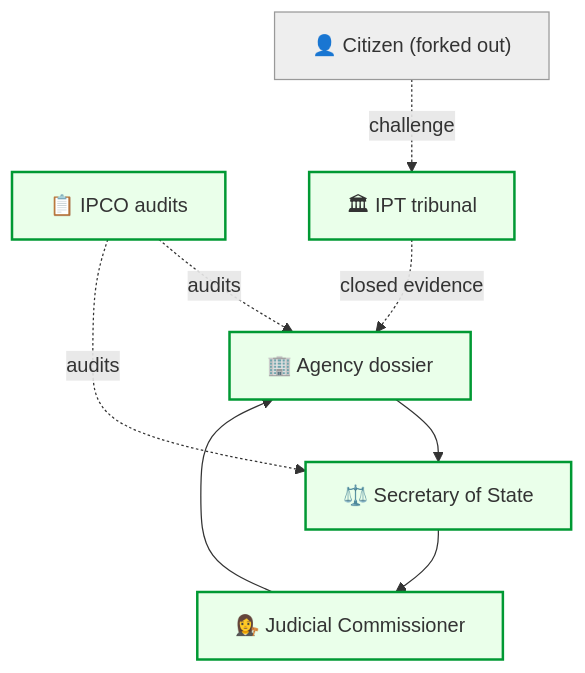
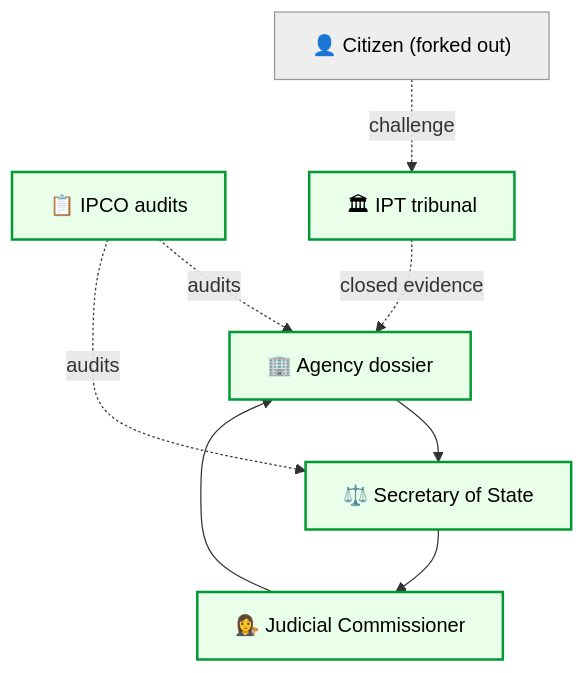
Before and after one commit to josefsbreakfast/Polaris-Protocol: the first of 7 diagrams in Polaris_Nest/Git_Intake_Drawer/⚖️_surveillance_osa_citizen_forking_meganode.md, drawn with Mermaid. The commit also changed other lines of this file, not shown here.

````diff
--- a/Polaris_Nest/Git_Intake_Drawer/⚖️_surveillance_osa_citizen_forking_meganode.md
+++ b/Polaris_Nest/Git_Intake_Drawer/⚖️_surveillance_osa_citizen_forking_meganode.md
@@ -45,19 +45,19 @@
 ```mermaid
 graph TD
     Citizen["👤 Citizen (forked out)"]:::neutral
     Agency["🏢 Agency dossier"]:::uk
     Minister["⚖️ Secretary of State"]:::uk
     JC["👩‍⚖️ Judicial Commissioner"]:::uk
     IPCO["📋 IPCO audits"]:::uk
     IPT["🏛 IPT tribunal"]:::uk
 
     Citizen -. challenge .-> IPT
     Agency --> Minister --> JC
     JC --> Agency
     IPCO -. audits .-> Agency
     IPCO -. audits .-> Minister
     IPT -. closed evidence .-> Agency
 
-    classDef neutral fill:#eeeeee,stroke:#999999;
-    classDef uk fill:#eaffea,stroke:#009933,stroke-width:2px;
+    classDef neutral fill:#eeeeee,stroke:#999999,color:#000000;
+    classDef uk fill:#eaffea,stroke:#009933,stroke-width:2px,color:#000000;
 ```
````
